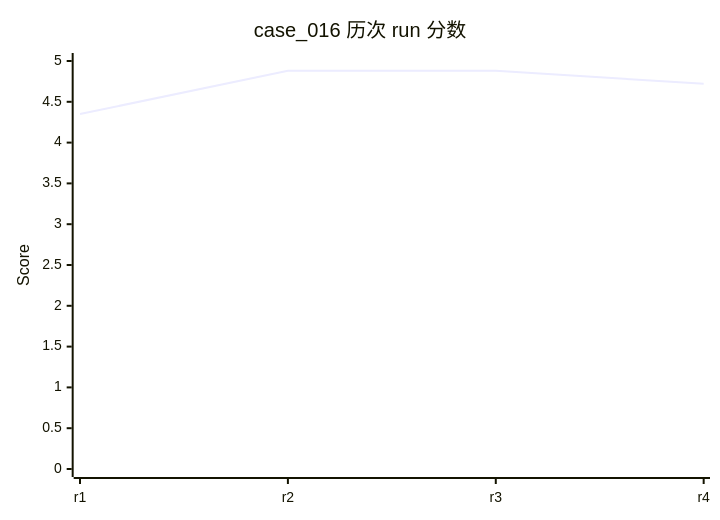
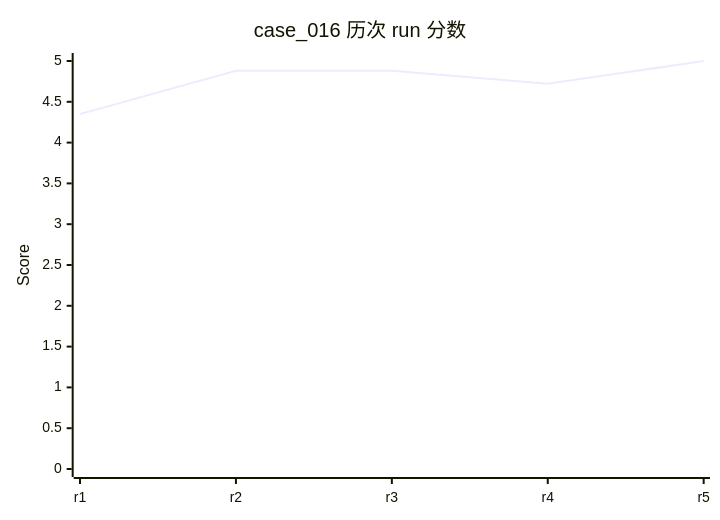
Diagram 20 of 58 in evals/DASHBOARD.md (rushengzhou/sid-code), drawn with Mermaid before and after one commit. The commit also changed other lines of this file and 53 other files, not shown here.

````diff
--- a/evals/DASHBOARD.md
+++ b/evals/DASHBOARD.md
@@ -460,7 +461,7 @@
 ```mermaid
 xychart-beta
     title "case_016 历次 run 分数"
-    x-axis [r1, r2, r3, r4]
+    x-axis [r1, r2, r3, r4, r5]
     y-axis "Score" 0 --> 5
-    line [4.35, 4.88, 4.88, 4.72]
+    line [4.35, 4.88, 4.88, 4.72, 5.00]
 ```
````
